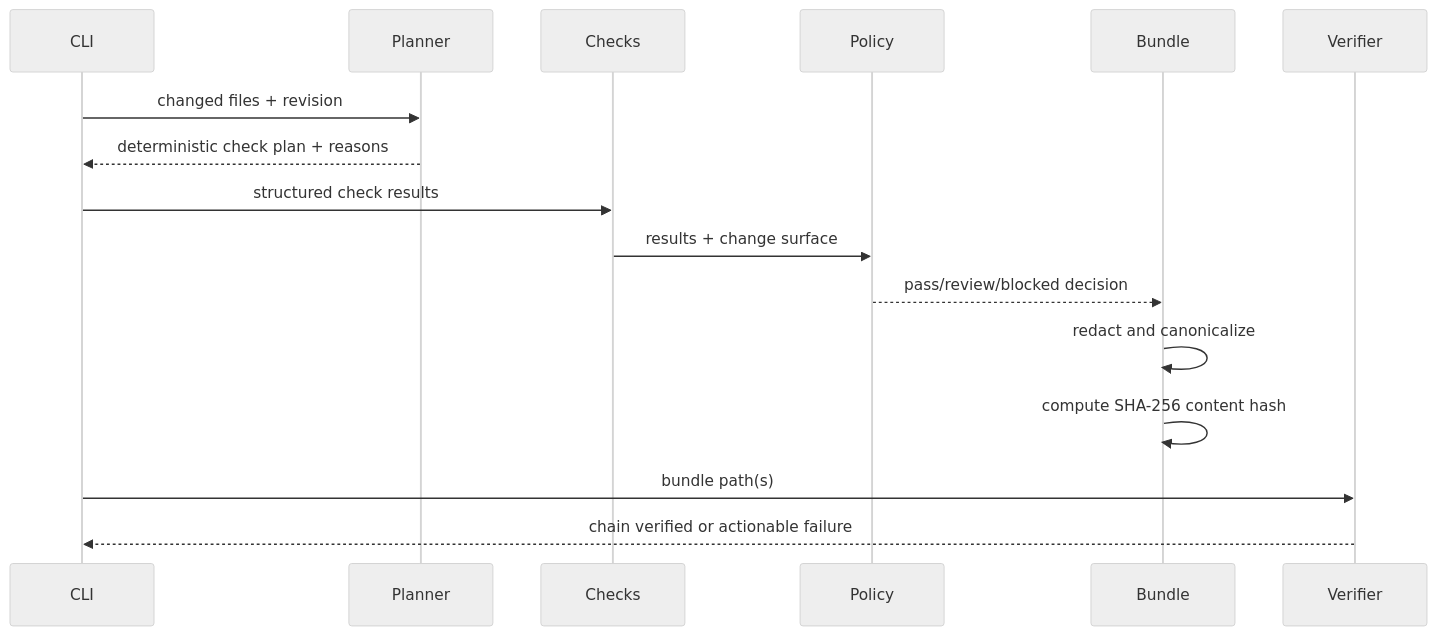
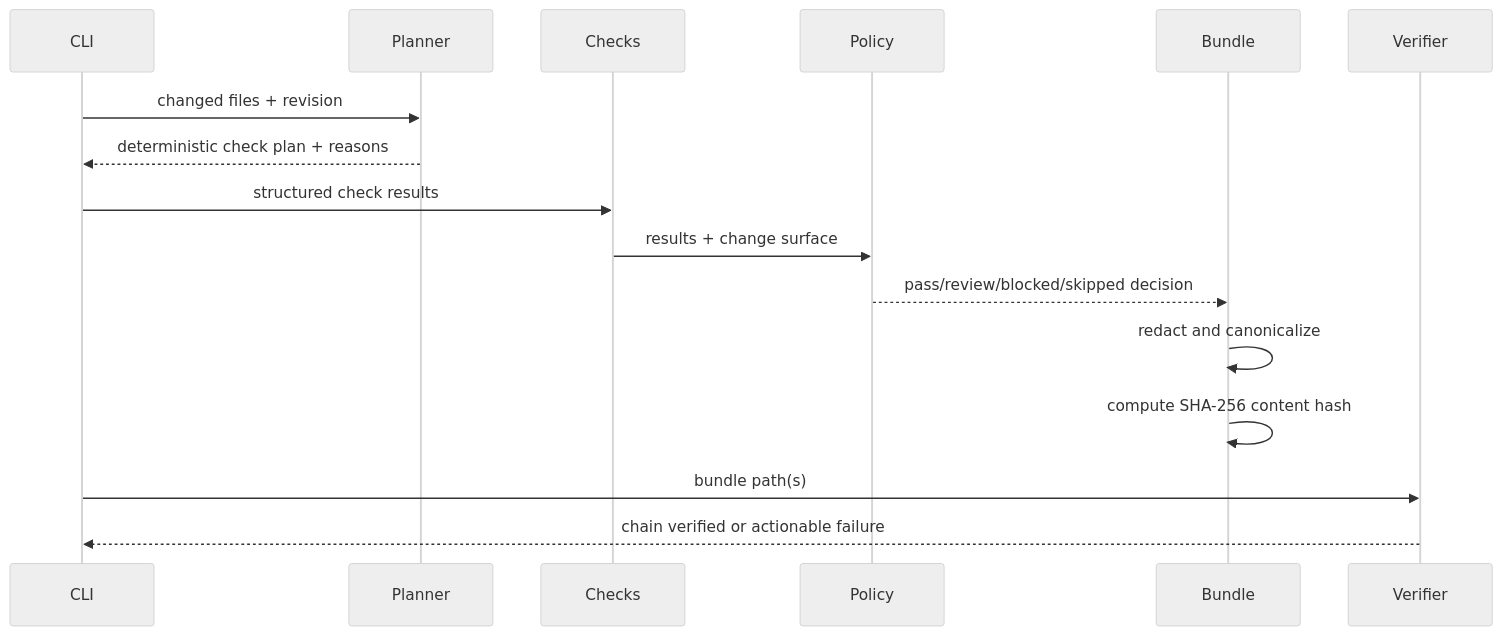
One commit to Alqudimi/proofsmith changed the diagram in docs/architecture.md. Above: the diagram before and after it, drawn with Mermaid (neutral theme). The commit also changed 1 other file, not shown here.

Commit message:
docs: record SKIPPED contract fix and lockfile security coverage

````diff
--- a/docs/architecture.md
+++ b/docs/architecture.md
@@ -7,18 +7,18 @@
 ```mermaid
 sequenceDiagram
   participant CLI
   participant Planner
   participant Checks
   participant Policy
   participant Bundle
   participant Verifier
   CLI->>Planner: changed files + revision
   Planner-->>CLI: deterministic check plan + reasons
   CLI->>Checks: structured check results
   Checks->>Policy: results + change surface
-  Policy-->>Bundle: pass/review/blocked decision
+  Policy-->>Bundle: pass/review/blocked/skipped decision
   Bundle->>Bundle: redact and canonicalize
   Bundle->>Bundle: compute SHA-256 content hash
   CLI->>Verifier: bundle path(s)
   Verifier-->>CLI: chain verified or actionable failure
 ```
````
